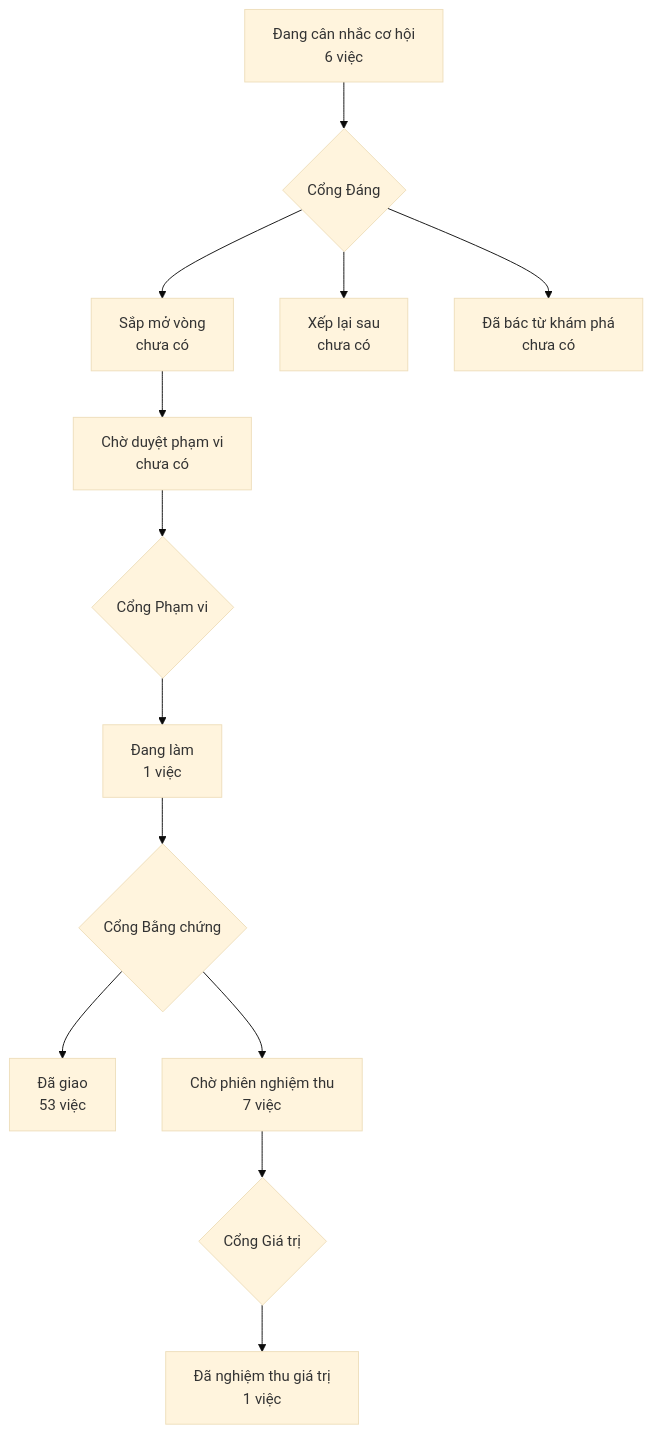
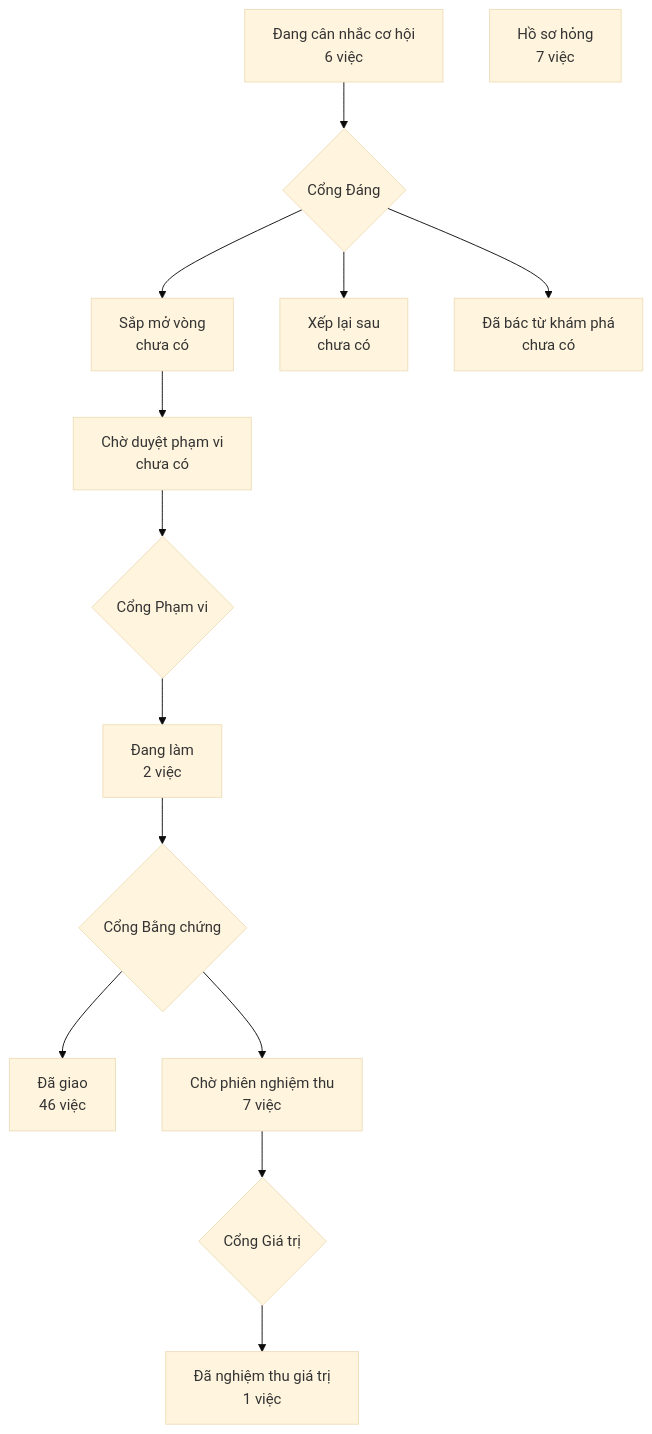
The diagram in PRODUCT-MAP.md (phanlemanh/crm-onehub), drawn with Mermaid (base theme) before and after one commit. The commit also changed other lines of this file and 2 other files, not shown here.

````diff
--- a/PRODUCT-MAP.md
+++ b/PRODUCT-MAP.md
@@ -6,12 +6,13 @@
 ```mermaid
 flowchart TD
   A["Đang cân nhắc cơ hội<br/>6 việc"] --> GD{"Cổng Đáng"}
   GD --> B["Sắp mở vòng<br/>chưa có"]
   GD --> XL["Xếp lại sau<br/>chưa có"]
   GD --> DB["Đã bác từ khám phá<br/>chưa có"]
   B --> CD["Chờ duyệt phạm vi<br/>chưa có"] --> GP{"Cổng Phạm vi"}
-  GP --> DL["Đang làm<br/>1 việc"] --> GB{"Cổng Bằng chứng"}
-  GB --> DG["Đã giao<br/>53 việc"]
+  GP --> DL["Đang làm<br/>2 việc"] --> GB{"Cổng Bằng chứng"}
+  GB --> DG["Đã giao<br/>46 việc"]
   GB --> CN["Chờ phiên nghiệm thu<br/>7 việc"] --> GG{"Cổng Giá trị"}
   GG --> NT["Đã nghiệm thu giá trị<br/>1 việc"]
+  HS["Hồ sơ hỏng<br/>7 việc"]
 ```
````
